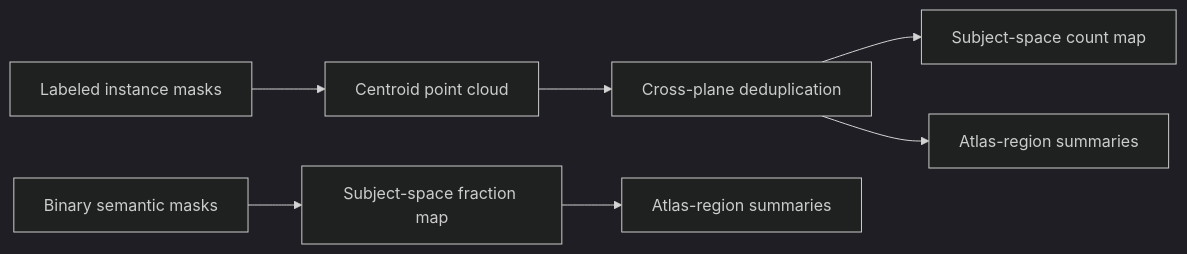
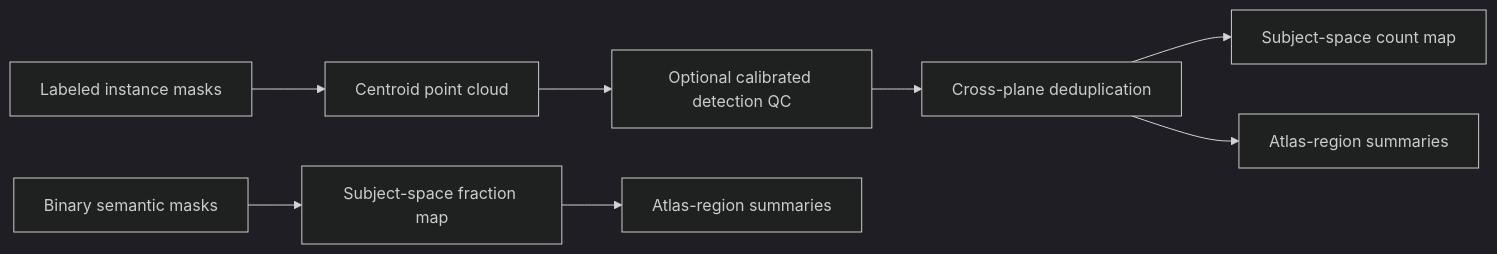
One commit to ingvildeb/spatialsignal changed the diagram in README.md. Above: the diagram before and after it, drawn with Mermaid (dark theme). The commit also changed other lines of this file and 6 other files, not shown here.

````diff
--- a/README.md
+++ b/README.md
@@ -24,9 +24,10 @@
 ```mermaid
 flowchart LR
     A[Labeled instance masks] --> B[Centroid point cloud]
-    B --> C[Cross-plane deduplication]
-    C --> D[Subject-space count map]
-    C --> E[Atlas-region summaries]
-    F[Binary semantic masks] --> G[Subject-space fraction map]
-    G --> H[Atlas-region summaries]
+    B --> C[Optional calibrated detection QC]
+    C --> D[Cross-plane deduplication]
+    D --> E[Subject-space count map]
+    D --> F[Atlas-region summaries]
+    G[Binary semantic masks] --> H[Subject-space fraction map]
+    H --> I[Atlas-region summaries]
 ```
````
